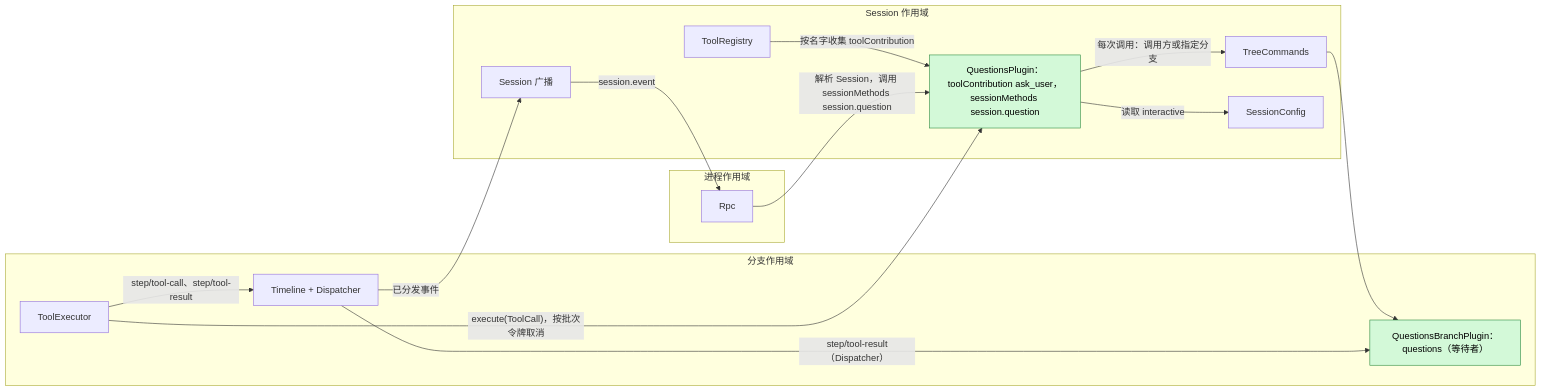
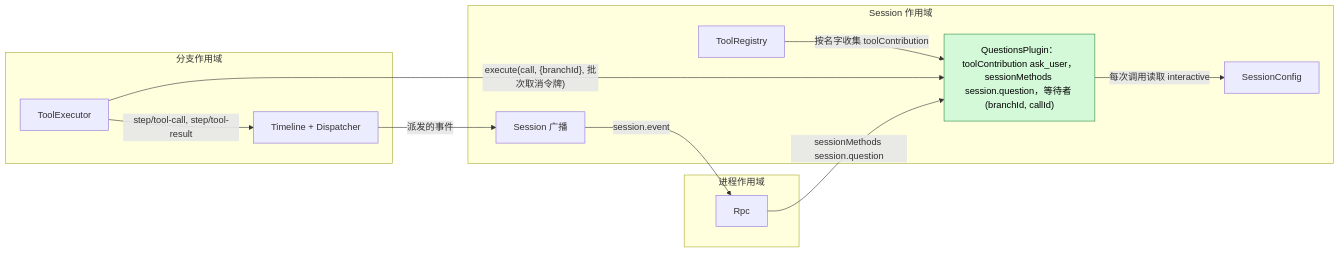
One commit to CoutinhoTTS/dim-agent changed the first of 4 diagrams in docs/zh/design/plugins/Questions.md. Above: the diagram before and after it, drawn with Mermaid. The commit also changed other lines of this file and 11 other files, not shown here.

````diff
--- a/docs/zh/design/plugins/Questions.md
+++ b/docs/zh/design/plugins/Questions.md
@@ -13,29 +20,24 @@
 ```mermaid
 flowchart LR
   subgraph P["进程作用域"]
     RPC["Rpc"]
   end
   subgraph S["Session 作用域"]
-    QS["QuestionsPlugin：toolContribution ask_user，sessionMethods session.question"]:::new
+    QS["QuestionsPlugin：toolContribution ask_user，sessionMethods session.question，等待者 (branchId, callId)"]:::new
     TR["ToolRegistry"]
-    TC["TreeCommands"]
     CFG["SessionConfig"]
     SB["Session 广播"]
   end
   subgraph B["分支作用域"]
-    QB["QuestionsBranchPlugin：questions（等待者）"]:::new
     TE["ToolExecutor"]
     TL["Timeline + Dispatcher"]
   end
   TR -- "按名字收集 toolContribution" --> QS
-  TE -- "execute(ToolCall)，按批次令牌取消" --> QS
-  RPC -- "解析 Session，调用 sessionMethods session.question" --> QS
-  QS -- "读取 interactive" --> CFG
-  QS -- "每次调用：调用方或指定分支" --> TC
-  TC --> QB
-  TL -- "step/tool-result（Dispatcher）" --> QB
-  TE -- "step/tool-call、step/tool-result" --> TL
-  TL -- "已分发事件" --> SB
+  TE -- "execute(call, {branchId}, 批次取消令牌)" --> QS
+  RPC -- "sessionMethods session.question" --> QS
+  QS -- "每次调用读取 interactive" --> CFG
+  TE -- "step/tool-call, step/tool-result" --> TL
+  TL -- "派发的事件" --> SB
   SB -- "session.event" --> RPC
   classDef new fill:#d3f9d8,stroke:#2b8a3e,color:#000
 ```
````
